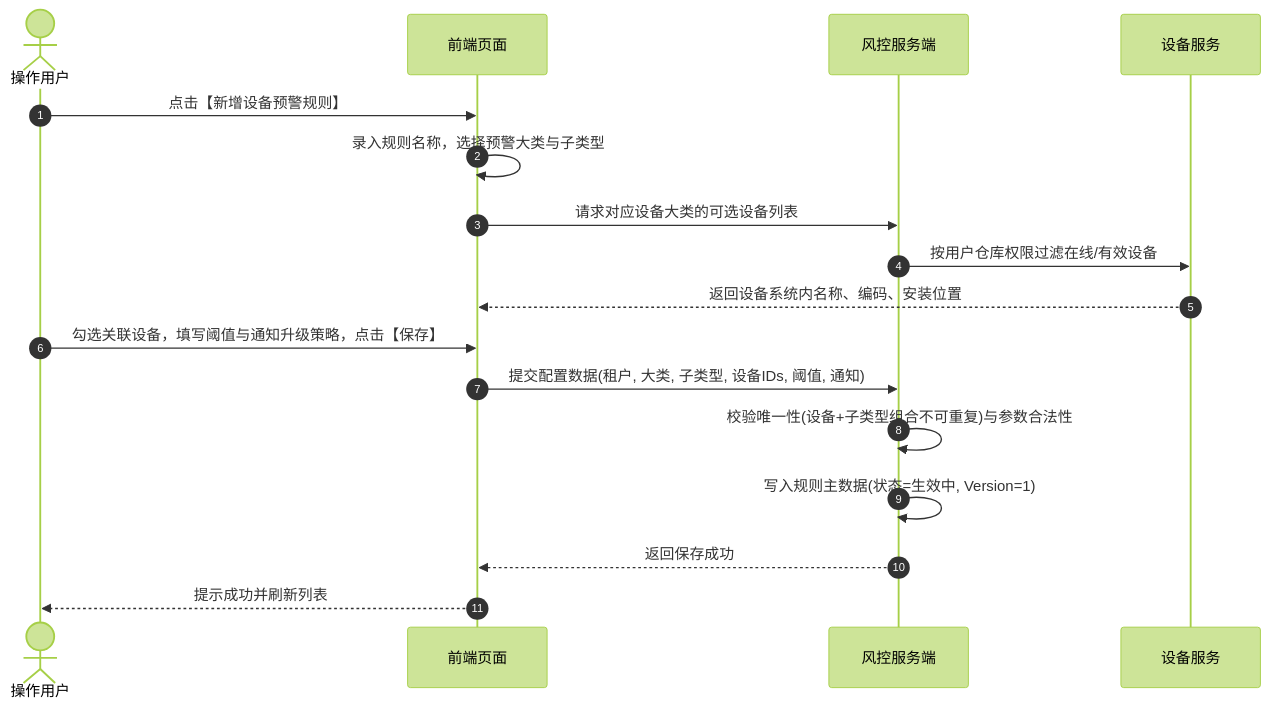
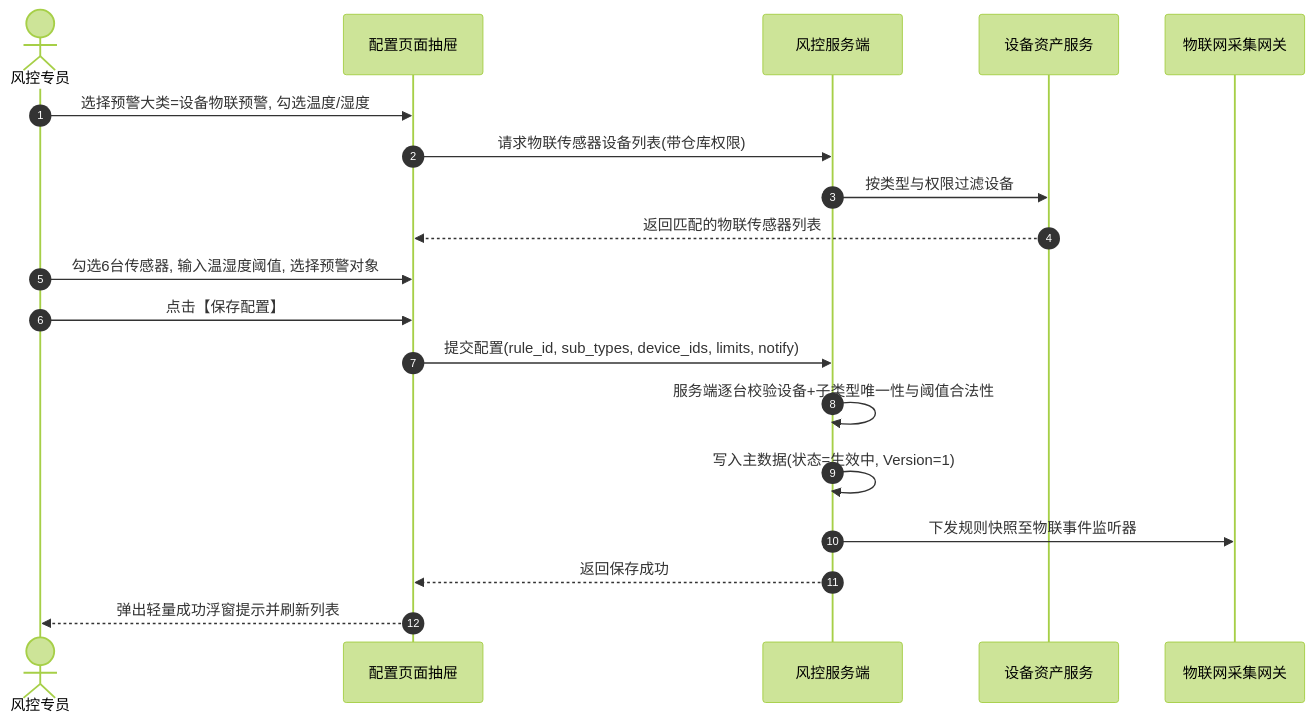
The diagram in 02-PRD文档/🌟🌟🌟-最新基准版/B端PC/08-配置管理/20-风险管理-设备预警配置/设备预警配置主PRD.md (RobertHuang999/SYZC), drawn with Mermaid (forest theme) before and after one commit. The commit also changed other lines of this file and 264 other files, not shown here.

````diff
--- a/02-PRD文档/🌟🌟🌟-最新基准版/B端PC/08-配置管理/20-风险管理-设备预警配置/设备预警配置主PRD.md
+++ b/02-PRD文档/🌟🌟🌟-最新基准版/B端PC/08-配置管理/20-风险管理-设备预警配置/设备预警配置主PRD.md
@@ -95,20 +78,22 @@
 ```mermaid
 sequenceDiagram
     autonumber
-    actor User as 操作用户
-    participant FE as 前端页面
+    actor User as 风控专员
+    participant FE as 配置页面抽屉
     participant API as 风控服务端
-    participant DEV as 设备服务
+    participant DEV as 设备资产服务
+    participant IOT as 物联网采集网关
 
-    User->>FE: 点击【新增设备预警规则】
-    FE->>FE: 录入规则名称，选择预警大类与子类型
-    FE->>API: 请求对应设备大类的可选设备列表
-    API->>DEV: 按用户仓库权限过滤在线/有效设备
-    DEV-->>FE: 返回设备系统内名称、编码、安装位置
-    User->>FE: 勾选关联设备，填写阈值与通知升级策略，点击【保存】
-    FE->>API: 提交配置数据(租户, 大类, 子类型, 设备IDs, 阈值, 通知)
-    API->>API: 校验唯一性(设备+子类型组合不可重复)与参数合法性
-    API->>API: 写入规则主数据(状态=生效中, Version=1)
+    User->>FE: 选择预警大类=设备物联预警, 勾选温度/湿度
+    FE->>API: 请求物联传感器设备列表(带仓库权限)
+    API->>DEV: 按类型与权限过滤设备
+    DEV-->>FE: 返回匹配的物联传感器列表
+    User->>FE: 勾选6台传感器, 输入温湿度阈值, 选择预警对象
+    User->>FE: 点击【保存配置】
+    FE->>API: 提交配置(rule_id, sub_types, device_ids, limits, notify)
+    API->>API: 服务端逐台校验设备+子类型唯一性与阈值合法性
+    API->>API: 写入主数据(状态=生效中, Version=1)
+    API->>IOT: 下发规则快照至物联事件监听器
     API-->>FE: 返回保存成功
-    FE-->>User: 提示成功并刷新列表
+    FE-->>User: 弹出轻量成功浮窗提示并刷新列表
 ```
````
